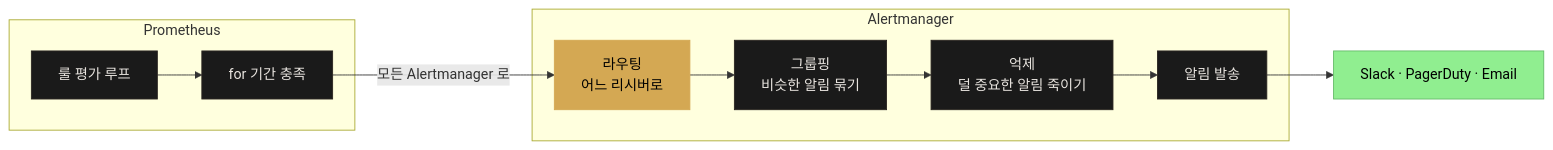
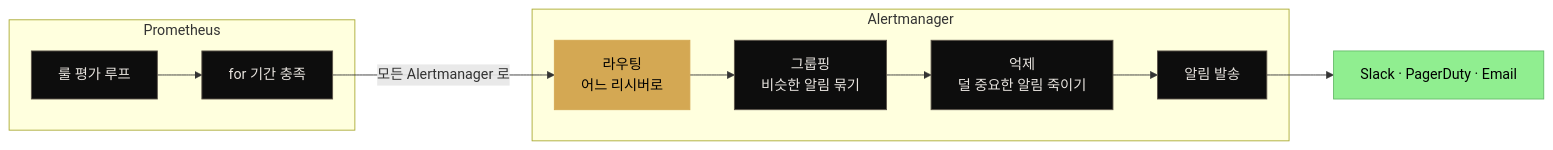
Before and after one commit to scofe97/StduyWrite: the diagram in write/06_observability/book/mastering_prometheus/05-01.Alertmanager — 라우팅·그룹핑·억제·HA.md, drawn with Mermaid. The commit also changed other lines of this file and 7 other files, not shown here.

````diff
--- a/write/06_observability/book/mastering_prometheus/05-01.Alertmanager — 라우팅·그룹핑·억제·HA.md
+++ b/write/06_observability/book/mastering_prometheus/05-01.Alertmanager — 라우팅·그룹핑·억제·HA.md
@@ -45,25 +46,25 @@
 ```mermaid
 flowchart LR
     subgraph AM["Alertmanager"]
         R["라우팅<br>어느 리시버로"]
         G["그룹핑<br>비슷한 알림 묶기"]
         I["억제<br>덜 중요한 알림 죽이기"]
         N["알림 발송"]
     end
     subgraph P["Prometheus"]
         E["룰 평가 루프"]
         F["for 기간 충족"]
     end
     E --> F
     F -->|"모든 Alertmanager 로"| R
     R --> G --> I --> N
     N --> D["Slack · PagerDuty · Email"]
 
-    style E fill:#1a1a1a,stroke:#2a2520,color:#e8e4df
-    style F fill:#1a1a1a,stroke:#2a2520,color:#e8e4df
+    style E fill:#0d0d0d,stroke:#5c544a,color:#e8e4df
+    style F fill:#0d0d0d,stroke:#5c544a,color:#e8e4df
     style R fill:#d4a853,stroke:#d4a853,color:#000
-    style G fill:#1a1a1a,stroke:#2a2520,color:#e8e4df
-    style I fill:#1a1a1a,stroke:#2a2520,color:#e8e4df
-    style N fill:#1a1a1a,stroke:#2a2520,color:#e8e4df
+    style G fill:#0d0d0d,stroke:#5c544a,color:#e8e4df
+    style I fill:#0d0d0d,stroke:#5c544a,color:#e8e4df
+    style N fill:#0d0d0d,stroke:#5c544a,color:#e8e4df
     style D fill:#90ee90,stroke:#66bb6a,color:#000
 ```
````
